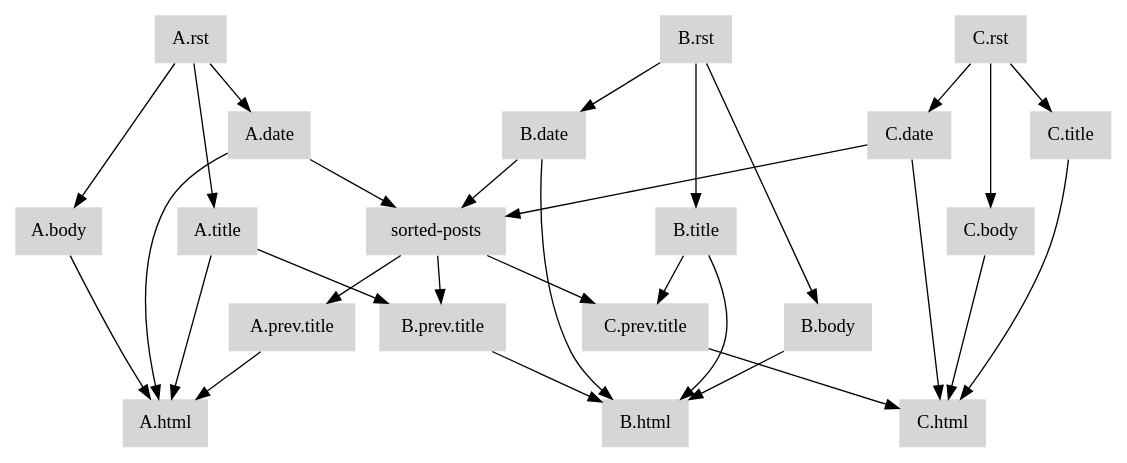
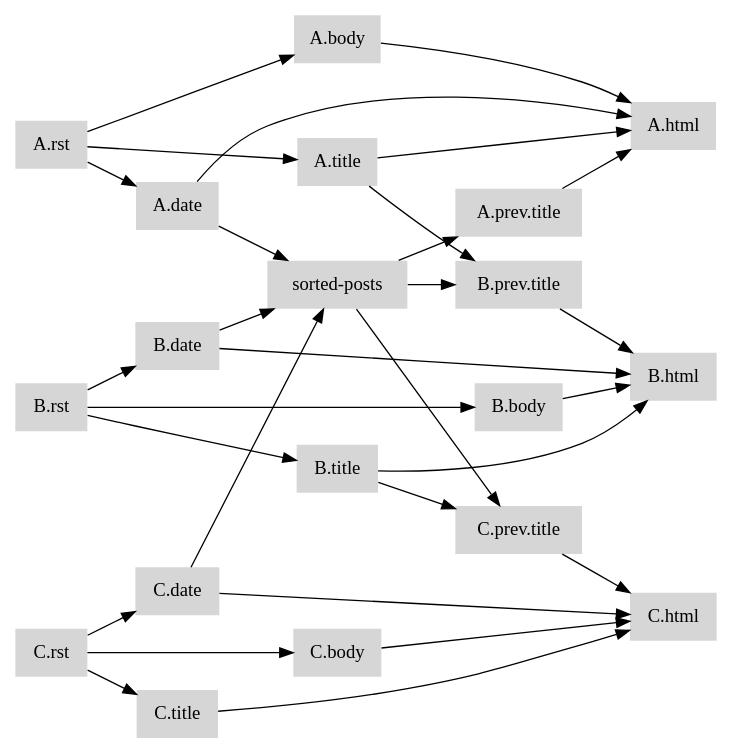
One commit to aosabook/500lines changed the diagram in contingent/diagram3.dot. Above: the diagram before and after it, drawn with Graphviz. The commit also changed 5 other files, not shown here.

Commit message:
Rebuild diagrams with new rankdir=LR setting

```diff
--- a/contingent/diagram3.dot
+++ b/contingent/diagram3.dot
@@ -1,31 +1,31 @@
-digraph { node [shape=rect penwidth=0 style=filled fillcolor="#d6d6d6"];
+digraph { graph [rankdir=LR]; node [shape=rect penwidth=0 style=filled fillcolor="#d6d6d6"];
 "A.body" -> "A.html"
 "A.date" -> "A.html"
 "A.date" -> "sorted-posts"
 "A.prev.title" -> "A.html"
 "A.rst" -> "A.body"
 "A.rst" -> "A.date"
 "A.rst" -> "A.title"
 "A.title" -> "A.html"
 "A.title" -> "B.prev.title"
 "B.body" -> "B.html"
 "B.date" -> "B.html"
 "B.date" -> "sorted-posts"
 "B.prev.title" -> "B.html"
 "B.rst" -> "B.body"
 "B.rst" -> "B.date"
 "B.rst" -> "B.title"
 "B.title" -> "B.html"
 "B.title" -> "C.prev.title"
 "C.body" -> "C.html"
 "C.date" -> "C.html"
 "C.date" -> "sorted-posts"
 "C.prev.title" -> "C.html"
 "C.rst" -> "C.body"
 "C.rst" -> "C.date"
 "C.rst" -> "C.title"
 "C.title" -> "C.html"
 "sorted-posts" -> "A.prev.title"
 "sorted-posts" -> "B.prev.title"
 "sorted-posts" -> "C.prev.title"
 }
```
